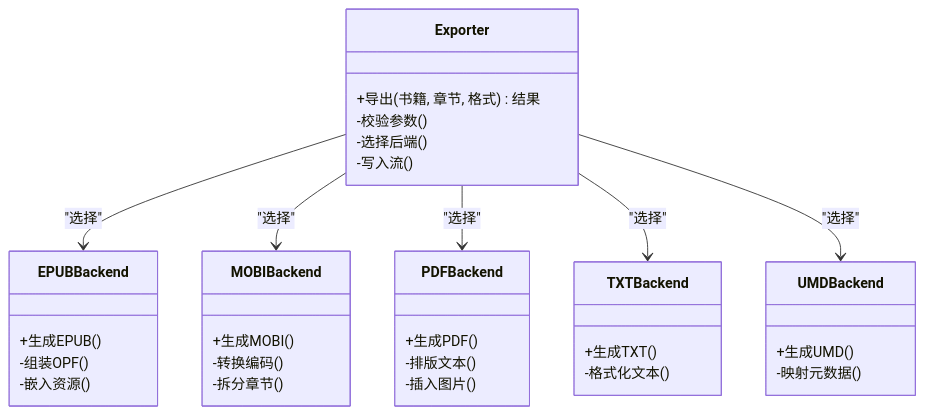
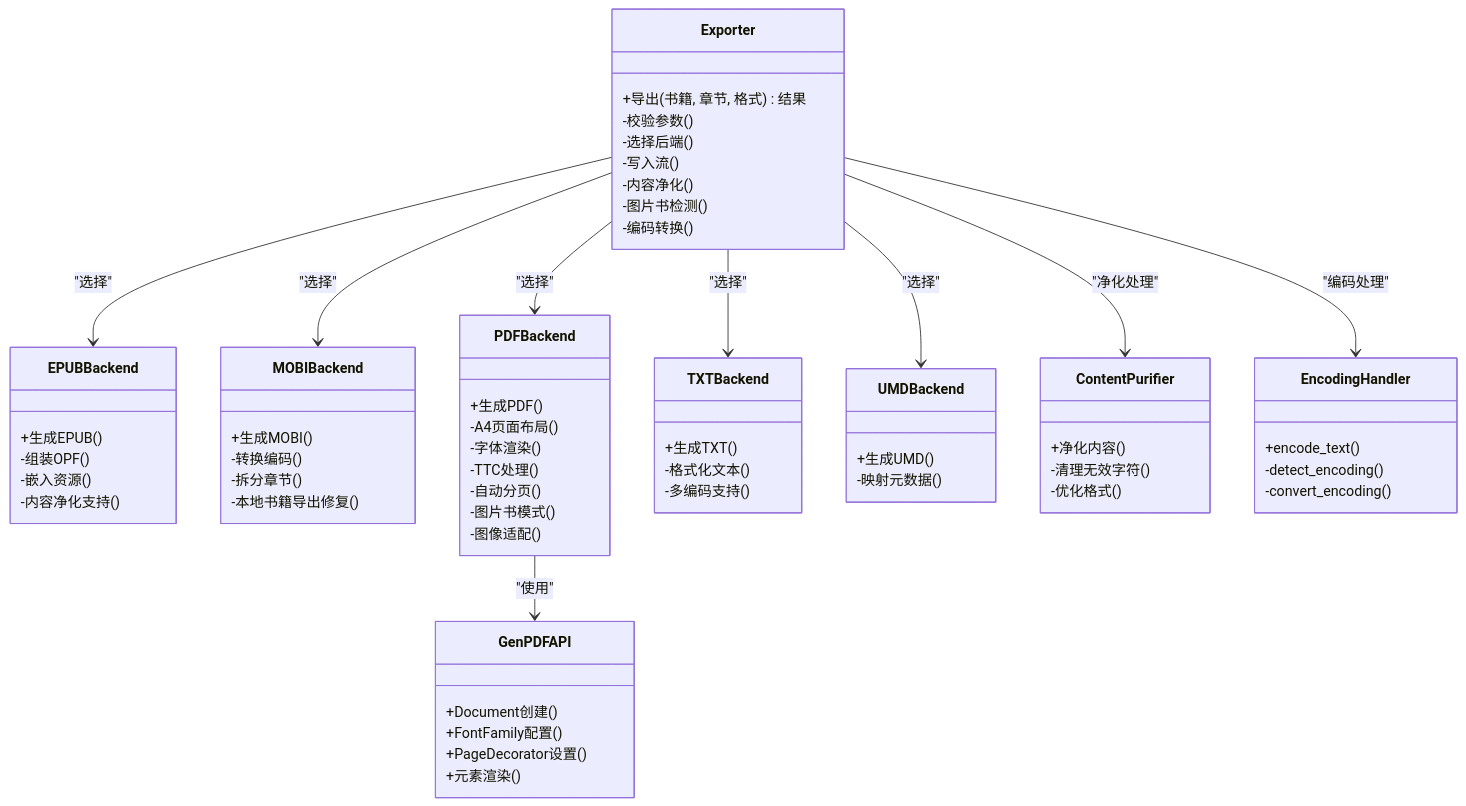
Before and after one commit to ZhangGHGitHub/LegadoTeamFlutter: the sixth of 7 diagrams in .qoder/repowiki/zh/content/书籍处理系统/导出功能.md, drawn with Mermaid. The commit also changed other lines of this file and 173 other files, not shown here.

````diff
--- a/.qoder/repowiki/zh/content/书籍处理系统/导出功能.md
+++ b/.qoder/repowiki/zh/content/书籍处理系统/导出功能.md
@@ -185,37 +431,66 @@
 ```mermaid
 classDiagram
 class Exporter {
 +导出(书籍, 章节, 格式) 结果
 -校验参数()
 -选择后端()
 -写入流()
+-内容净化()
+-图片书检测()
+-编码转换()
 }
 class EPUBBackend {
 +生成EPUB()
 -组装OPF()
 -嵌入资源()
+-内容净化支持()
 }
 class MOBIBackend {
 +生成MOBI()
 -转换编码()
 -拆分章节()
+-本地书籍导出修复()
 }
 class PDFBackend {
 +生成PDF()
--排版文本()
--插入图片()
+-A4页面布局()
+-字体渲染()
+-TTC处理()
+-自动分页()
+-图片书模式()
+-图像适配()
 }
 class TXTBackend {
 +生成TXT()
 -格式化文本()
+-多编码支持()
 }
 class UMDBackend {
 +生成UMD()
 -映射元数据()
+}
+class ContentPurifier {
++净化内容()
+-清理无效字符()
+-优化格式()
+}
+class GenPDFAPI {
++Document创建()
++FontFamily配置()
++PageDecorator设置()
++元素渲染()
+}
+class EncodingHandler {
++encode_text()
+-detect_encoding()
+-convert_encoding()
 }
 Exporter --> EPUBBackend : "选择"
 Exporter --> MOBIBackend : "选择"
 Exporter --> PDFBackend : "选择"
 Exporter --> TXTBackend : "选择"
 Exporter --> UMDBackend : "选择"
+Exporter --> ContentPurifier : "净化处理"
+Exporter --> EncodingHandler : "编码处理"
+PDFBackend --> GenPDFAPI : "使用"
 ```
````
